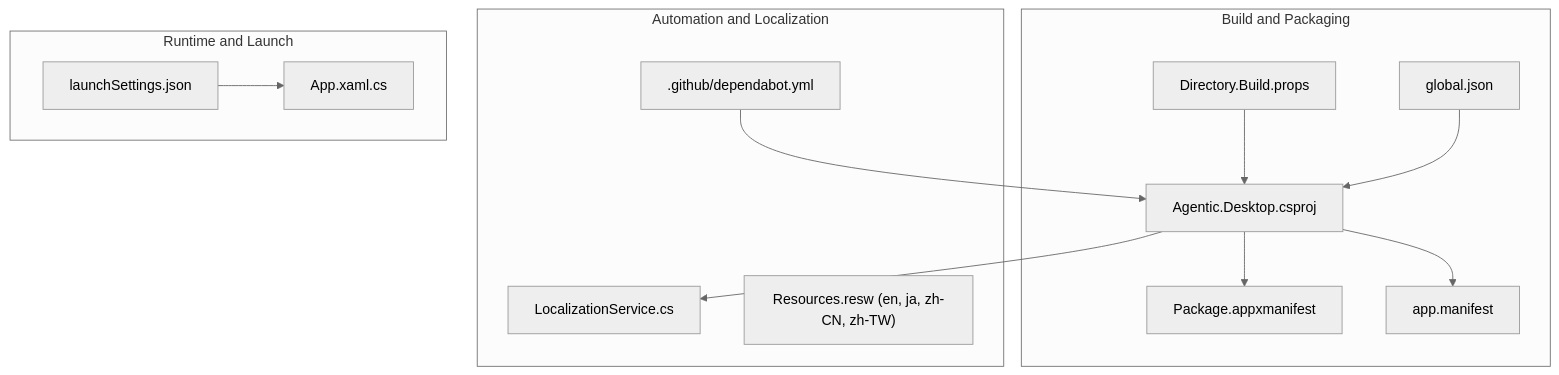
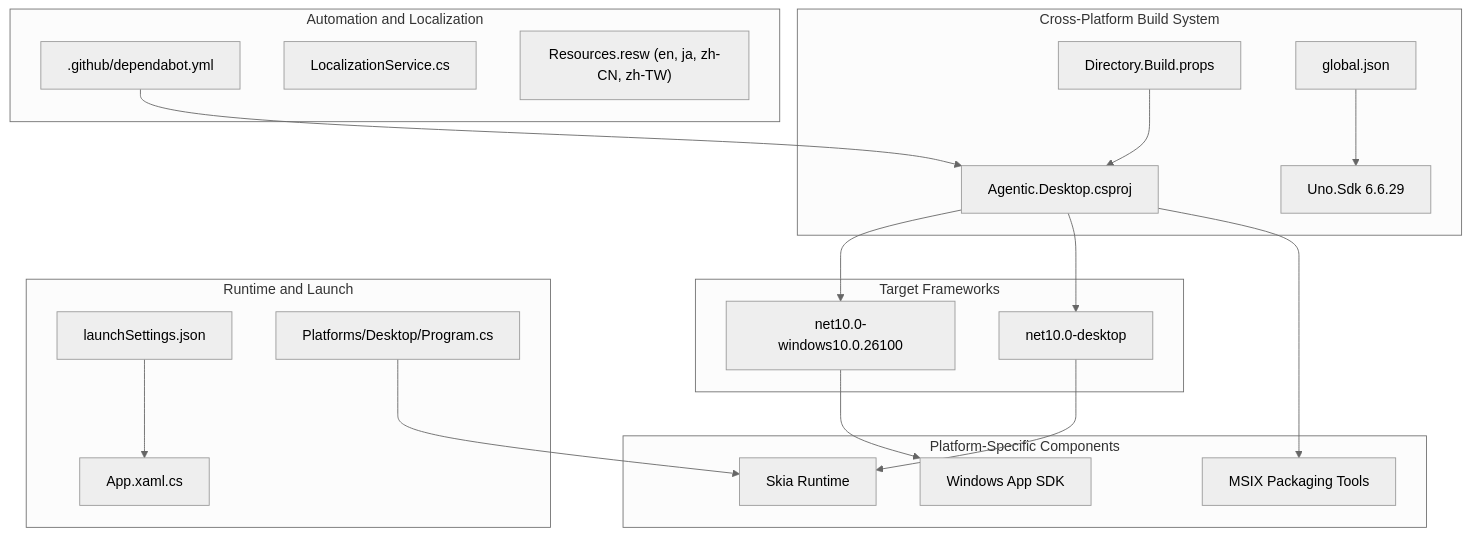
The first of 12 diagrams in .qoder/repowiki/en/content/Configuration and Deployment.md (AgenticDesktop/App), drawn with Mermaid (neutral theme) before and after one commit. The commit also changed other lines of this file and 19 other files, not shown here.

Commit message:
Fix XML declaration in Package.appxmanifest and update tile display settings

````diff
--- a/.qoder/repowiki/en/content/Configuration and Deployment.md
+++ b/.qoder/repowiki/en/content/Configuration and Deployment.md
@@ -46,26 +51,38 @@
 ```mermaid
 graph TB
-subgraph "Build and Packaging"
+subgraph "Cross-Platform Build System"
 CSProj["Agentic.Desktop.csproj"]
 BuildProps["Directory.Build.props"]
 GlobalJSON["global.json"]
-AppXManifest["Package.appxmanifest"]
-AppManifest["app.manifest"]
+UnoSDK["Uno.Sdk 6.6.29"]
+end
+subgraph "Target Frameworks"
+WindowsTarget["net10.0-windows10.0.26100"]
+DesktopTarget["net10.0-desktop"]
+end
+subgraph "Platform-Specific Components"
+WinAppSDK["Windows App SDK"]
+SkiaRuntime["Skia Runtime"]
+MSIXTooling["MSIX Packaging Tools"]
 end
 subgraph "Automation and Localization"
 Dependabot[".github/dependabot.yml"]
 LocalizationService["LocalizationService.cs"]
 Resources["Resources.resw (en, ja, zh-CN, zh-TW)"]
 end
 subgraph "Runtime and Launch"
 LaunchSettings["launchSettings.json"]
 AppCode["App.xaml.cs"]
+ProgramEntry["Platforms/Desktop/Program.cs"]
 end
-CSProj --> AppXManifest
-CSProj --> AppManifest
-CSProj --> LocalizationService
+CSProj --> WindowsTarget
+CSProj --> DesktopTarget
+WindowsTarget --> WinAppSDK
+DesktopTarget --> SkiaRuntime
+CSProj --> MSIXTooling
 BuildProps --> CSProj
-GlobalJSON --> CSProj
+GlobalJSON --> UnoSDK
 Dependabot --> CSProj
 LaunchSettings --> AppCode
+ProgramEntry --> SkiaRuntime
 ```
````
